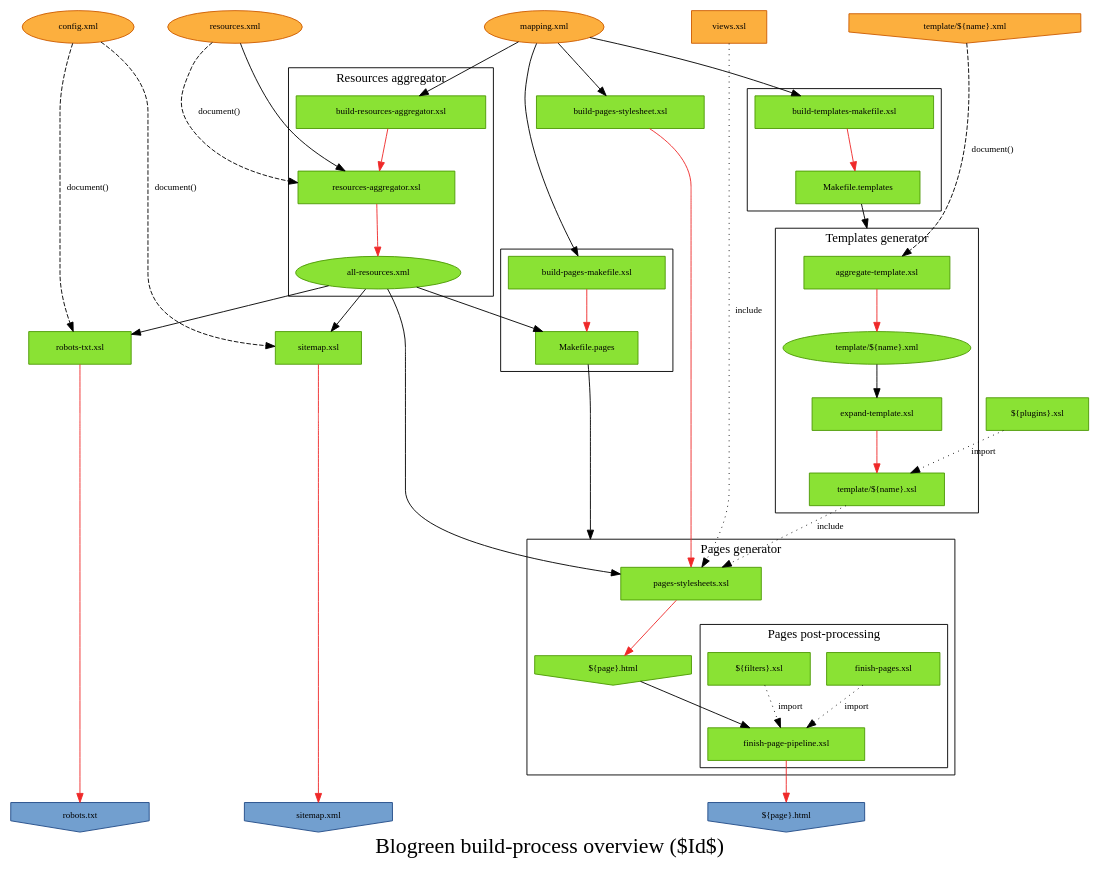
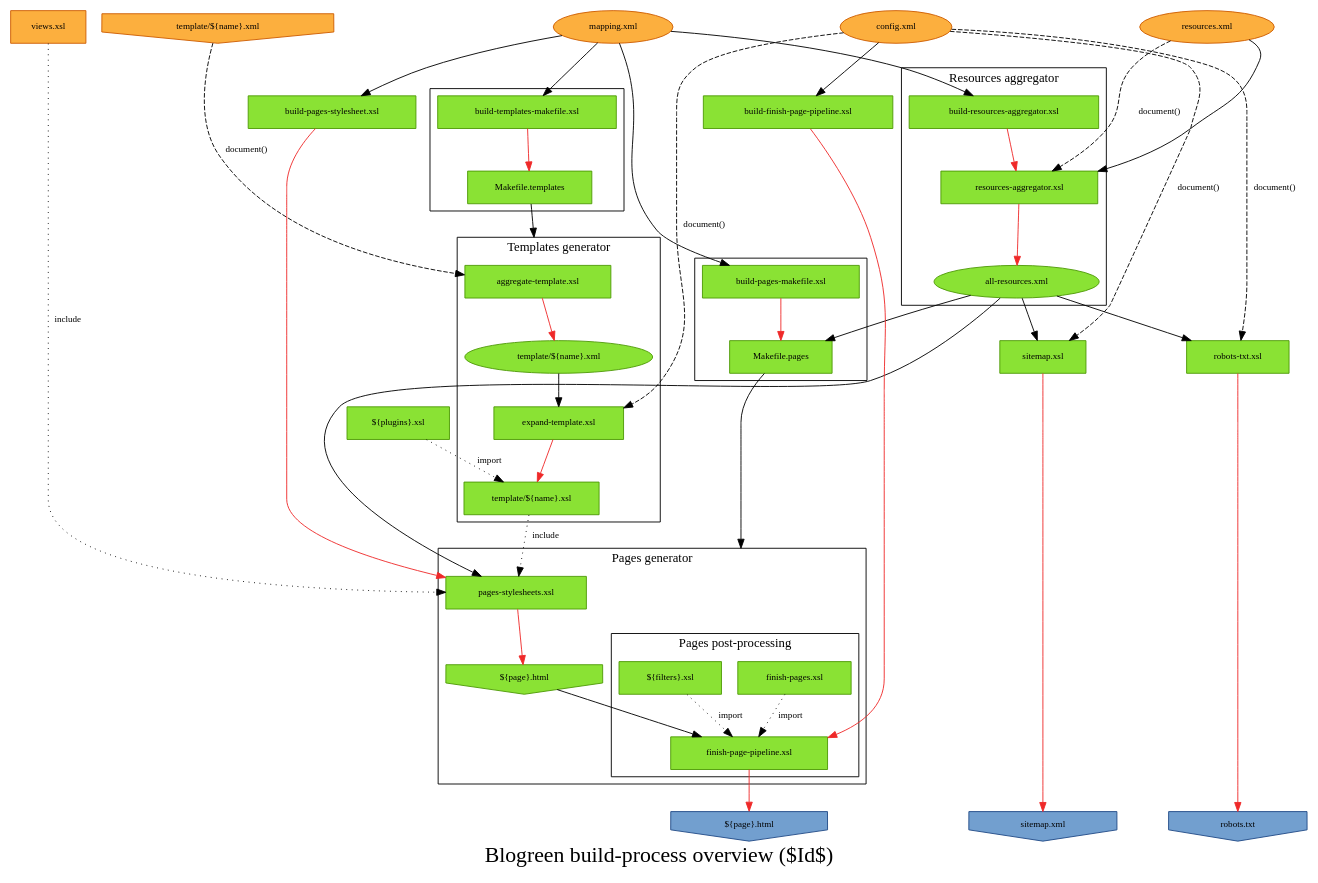
The diagram in doc/blogreen.dot (smortex/blogreen), drawn with Graphviz before and after one commit. The commit also changed 5 other files, not shown here.

```diff
--- a/doc/blogreen.dot
+++ b/doc/blogreen.dot
@@ -1,127 +1,132 @@
 /*
  * Describe the global process of generating pages.
  */
 digraph Blogreen {
     compound=true;
     fontname=inconsolata;
     fontsize=14;
     node[fontname=inconsolata, fontsize=10, margin=".2, .1", style=filled, fillcolor="#8ae234", color="#4e9a06"];
     edge[fontname=inconsolata, fontsize=10];
 
     node[shape=box]
 
     {
 	rank=same;
 	res		[label="resources.xml", shape=ellipse, fillcolor="#fcaf3e", color="#ce5c00", URL="http://blogreen.org/TR/Resources", tooltip="Resources Namespace"];
 	map		[label="mapping.xml",   shape=ellipse, fillcolor="#fcaf3e", color="#ce5c00", URL="http://blogreen.org/TR/Mapping",   tooltip="Mapping Namespace"];
 	config	[label="config.xml",    shape=ellipse, fillcolor="#fcaf3e", color="#ce5c00", URL="http://blogreen.org/TR/Config",    tooltip="Config Namespace"];
 	views	[label="views.xsl",			fillcolor="#fcaf3e", color="#ce5c00"];
 	srctmplxml		[label="template/${name}.xml", shape=invhouse, fillcolor="#fcaf3e", color="#ce5c00"];
     }
 
     subgraph clusterPagesMakefile {
 	bpm		[label="build-pages-makefile.xsl"];
 	pm		[label="Makefile.pages"];
     }
 
     bps		[label="build-pages-stylesheet.xsl"];
 
     subgraph clusterTemplatesMakefile {
 	btm		[label="build-templates-makefile.xsl"];
 	tm		[label="Makefile.templates"];
     }
 
 
     subgraph clusterTemplates {
 	label = "Templates generator";
 	shape=box;
 	objtmplxml	[label="template/${name}.xml", shape=ellipse];
 	objtmplxsl	[label="template/${name}.xsl"];
 
 	at		[label="aggregate-template.xsl"];
 	et		[label="expand-template.xsl"];
 
+	config -> et [label="document()", style=dashed];
+
 	at -> objtmplxml [color="#ef2929"];
 	objtmplxml -> et;
 	et -> objtmplxsl [color="#ef2929"];
     }
     srctmplxml -> at [label="document()", style=dashed];
 
     plugins		[label="${plugins}.xsl"];
     plugins -> objtmplxsl [label=import, style=dotted];
 
     subgraph clusterResources {
 	ra		[label="resources-aggregator.xsl"];
 	bra		[label="build-resources-aggregator.xsl"];
 	allres		[label="all-resources.xml", shape=ellipse];
 
 	label = "Resources aggregator";
     }
 
     subgraph clusterPages {
 	ps		[label="pages-stylesheets.xsl"];
 	index		[label="${page}.html", shape=invhouse];
 
 	subgraph clusterFo {
 	    fp			[label="finish-pages.xsl"];
 	    filters		[label="${filters}.xsl"];
 	    fpp			[label="finish-page-pipeline.xsl"];
 
 	    { fp; filters } -> fpp [label="import", style=dotted];
 
 	    label = "Pages post-processing";
 	}
 
 	index -> fpp;
 
 	label = "Pages generator";
     }
 
+    bfpp [label="build-finish-page-pipeline.xsl"];
+    config -> bfpp;
 
     tm -> at [lhead=clusterTemplates];
 
     map -> bra;
     res -> ra;
     res -> ra [label="document()", style=dashed];
 
     map -> bps;
     allres -> ps;
     {views; objtmplxsl} -> ps [label=include, style=dotted];
 
     map -> bpm;
     allres -> pm;
 
     map -> btm;
 
     pm -> index [lhead=clusterPages];
 
     rs	[label="robots-txt.xsl"];
     r	[label="robots.txt", shape=invhouse, fillcolor="#729fcf", color="#204a87"];
     ss	[label="sitemap.xsl"];
     s	[label="sitemap.xml", shape=invhouse, fillcolor="#729fcf", color="#204a87"];
     config -> rs [label="document()", style=dashed];
     allres -> rs;
     config -> ss [label="document()", style=dashed];
     allres -> ss;
 
     {
 	edge[color="#ef2929"];
 	bra -> ra -> allres;
 	bps -> ps -> index;
 	bpm -> pm;
 	btm -> tm;
 	fpp -> pindex;
 	rs -> r;
 	ss -> s;
+	bfpp -> fpp;
     }
 
     {
 	rank=same;
 	s;
 	r;
 	pindex		[label="${page}.html", shape=invhouse, fillcolor="#729fcf", color="#204a87"];
     }
 
     fontsize=24;
     label="Blogreen build-process overview ($Id$)";
 }
```
